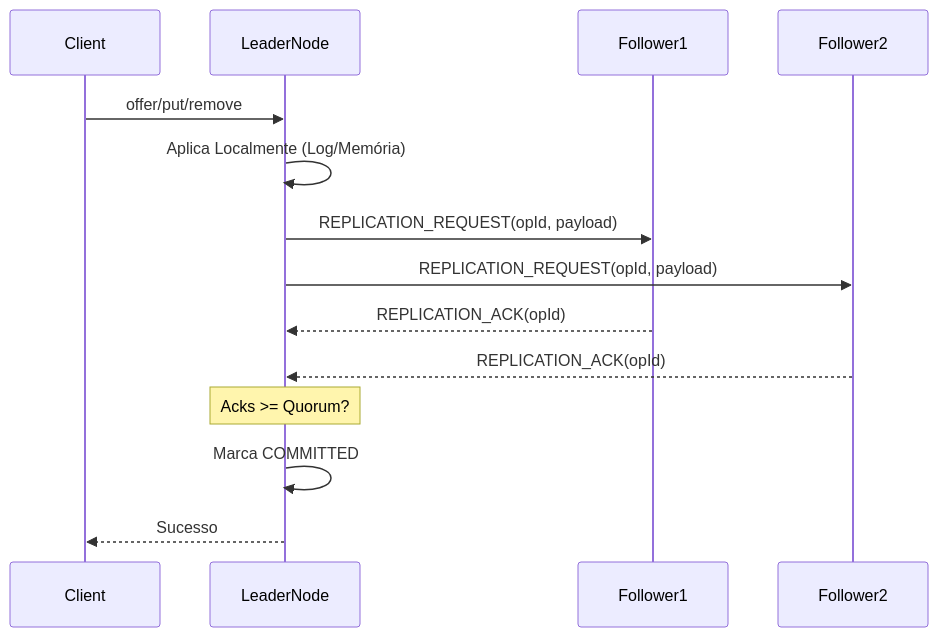
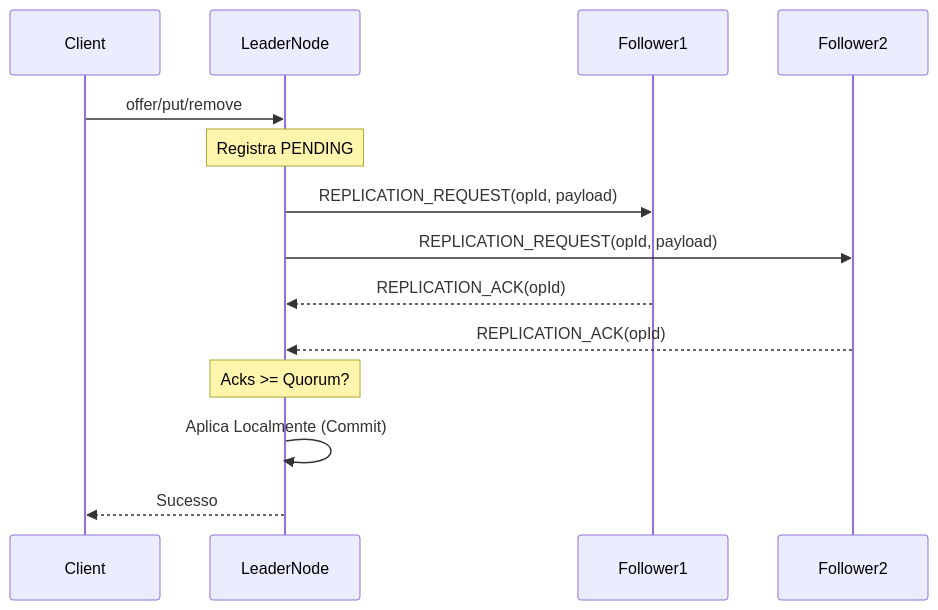
The seventh of 7 diagrams in doc/ngrid/arquitetura.md (nishisan-dev/nishi-utils), drawn with Mermaid before and after one commit. The commit also changed other lines of this file and 1 other file, not shown here.

Commit message:
docs(ngrid): update architecture and usage guide for new consistency and robustness features

````diff
--- a/doc/ngrid/arquitetura.md
+++ b/doc/ngrid/arquitetura.md
@@ -248,17 +252,17 @@
 ```mermaid
 sequenceDiagram
 participant Client as Client
 participant Leader as LeaderNode
 participant F1 as Follower1
 participant F2 as Follower2
 
 Client->>Leader: offer/put/remove
-Leader->>Leader: Aplica Localmente (Log/Memória)
+Note over Leader: Registra PENDING
 Leader->>F1: REPLICATION_REQUEST(opId, payload)
 Leader->>F2: REPLICATION_REQUEST(opId, payload)
 F1-->>Leader: REPLICATION_ACK(opId)
 F2-->>Leader: REPLICATION_ACK(opId)
 Note over Leader: Acks >= Quorum?
-Leader->>Leader: Marca COMMITTED
+Leader->>Leader: Aplica Localmente (Commit)
 Leader-->>Client: Sucesso
 ```
````
